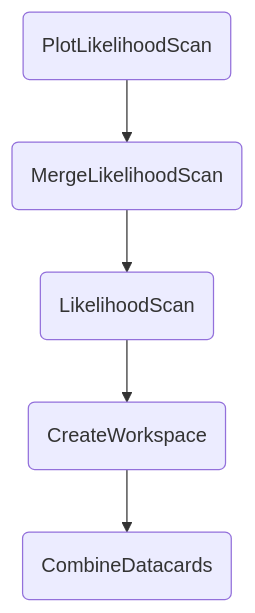
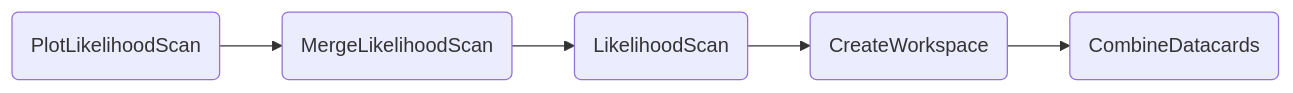
One commit to cms-hh/inference_tools changed the diagram in docs/content/tasks/likelihood.md. Above: the diagram before and after it, drawn with Mermaid. The commit also changed other lines of this file and 4 other files, not shown here.

Commit message:
update likelihood scan docs to new format

````diff
--- a/docs/content/tasks/likelihood.md
+++ b/docs/content/tasks/likelihood.md
@@ -22,7 +31,7 @@
-    ```mermaid
-    graph TD;
-        A(PlotLikelihoodScan) --> B(MergeLikelihoodScan);
-        B --> C(LikelihoodScan);
-        C --> D(CreateWorkspace);
-        D --> E(CombineDatacards);
-    ```
+```mermaid
+    graph LR;
+    A(PlotLikelihoodScan) --> B(MergeLikelihoodScan);
+    B --> C(LikelihoodScan);
+    C --> D(CreateWorkspace);
+    D --> E(CombineDatacards);
+```
````
